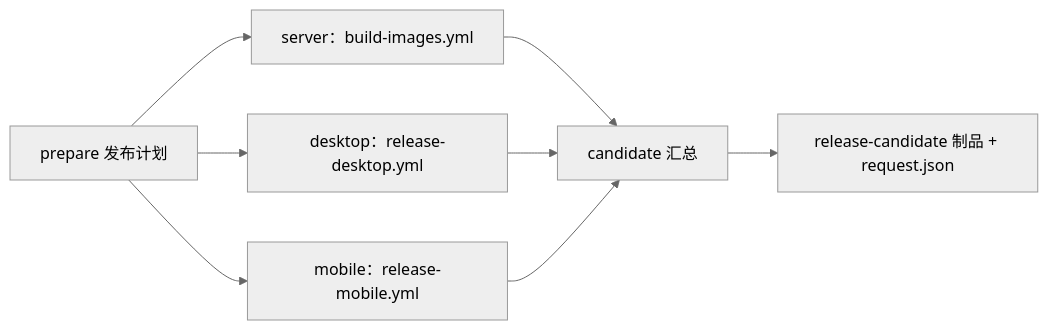
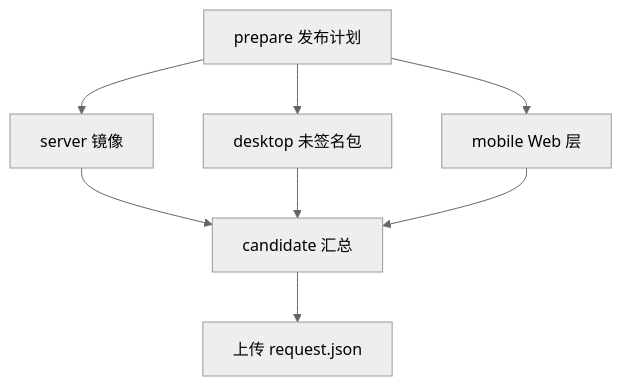
One commit to lfire/AFFiNE changed the second of 4 diagrams in learning-guide/slides/decks/04.md. Above: the diagram before and after it, drawn with Mermaid (neutral theme). The commit also changed other lines of this file and 46 other files, not shown here.

````diff
--- a/learning-guide/slides/decks/04.md
+++ b/learning-guide/slides/decks/04.md
@@ -190,10 +205,10 @@
 ```mermaid
-flowchart LR
-    P[prepare 发布计划] --> S["server：build-images.yml"]
-    P --> D["desktop：release-desktop.yml"]
-    P --> M["mobile：release-mobile.yml"]
-    S --> C[candidate 汇总]
-    D --> C
-    M --> C
-    C --> A["release-candidate 制品 + request.json"]
+flowchart TB
+  P["prepare 发布计划"] --> S["server 镜像"]
+  P --> D["desktop 未签名包"]
+  P --> M["mobile Web 层"]
+  S --> C["candidate 汇总"]
+  D --> C
+  M --> C
+  C --> A["上传 request.json"]
 ```
````
